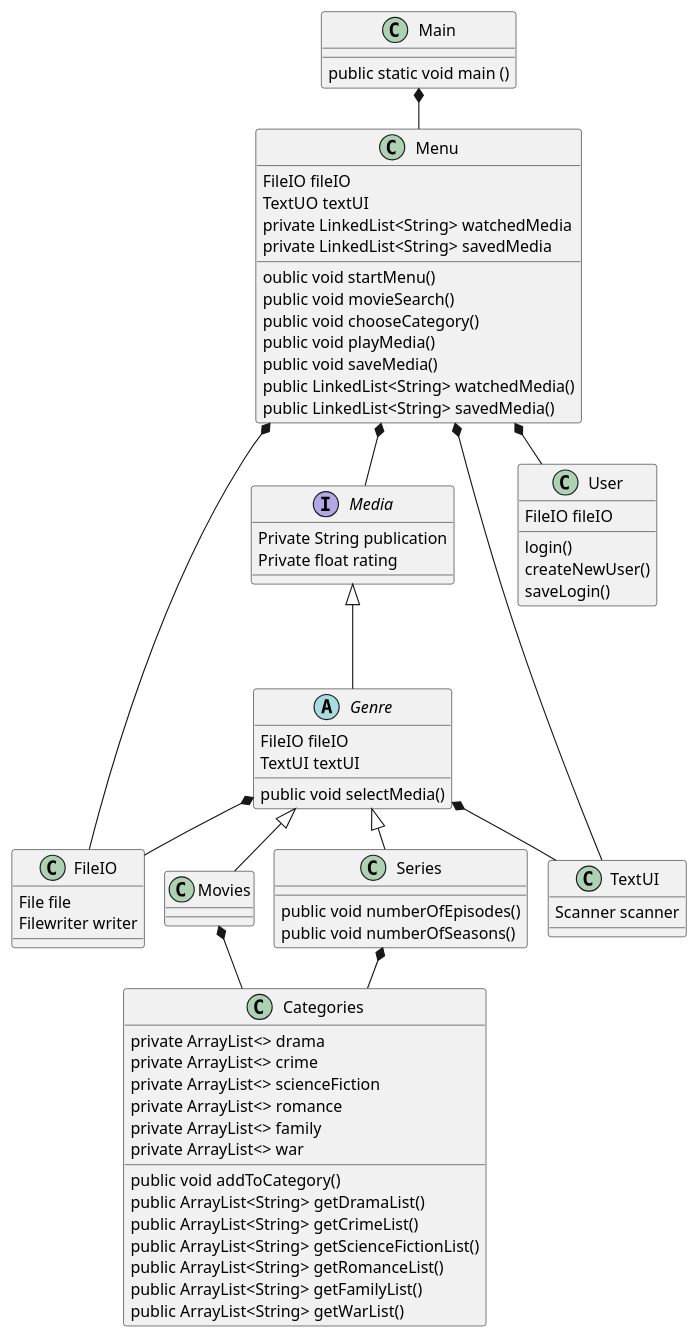
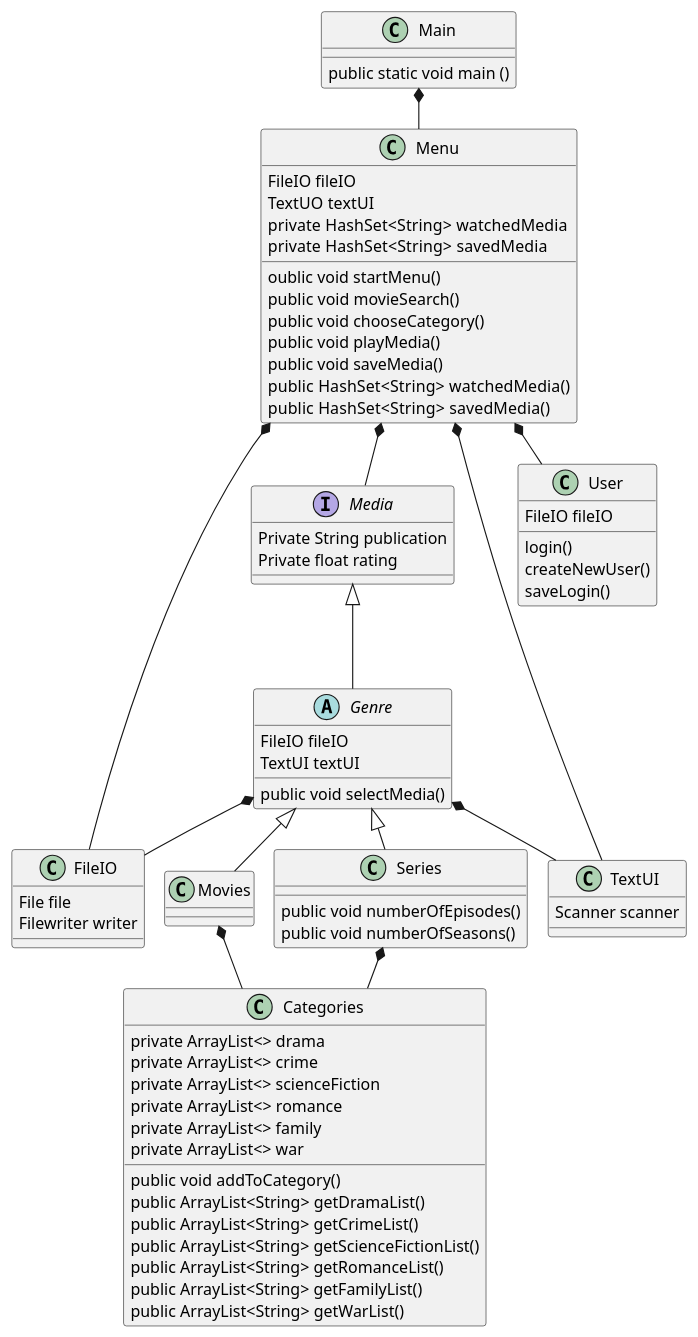
One commit to MichellaBech/SP3 changed the diagram in .idea/Class.puml. Above: the diagram before and after it, drawn with PlantUML.

```diff
--- a/.idea/Class.puml
+++ b/.idea/Class.puml
@@ -1,105 +1,105 @@
 @startuml
 'https://plantuml.com/class-diagram
 !pragma layout smetana
 
 interface FileIO
 class Movies
 class Series
 interface Media
 class TextUI
 class Categories
 class User
 class Menu
 class Main
 
 Abstract class Genre
 
 Media <|--- Genre
 Genre <|-- Movies
 Genre <|-- Series
 
 Main *-- Menu
 Movies *-- Categories
 Series *-- Categories
 Menu *-- User
 Menu *-- Media
 Menu *-- FileIO
 Menu *-- TextUI
 Genre *-- FileIO
 Genre *-- TextUI
 
 Abstract class Genre {
 FileIO fileIO
 TextUI textUI
 public void selectMedia()
 }
 
 class TextUI
 {
 Scanner scanner
 }
 
 class FileIO {
 File file
 Filewriter writer
 }
 
 class Main {
 public static void main ()
 }
 
 
 class Categories {
 private ArrayList<> drama
 private ArrayList<> crime
 private ArrayList<> scienceFiction
 private ArrayList<> romance
 private ArrayList<> family
 private ArrayList<> war
 
 public void addToCategory()
 public ArrayList<String> getDramaList()
 public ArrayList<String> getCrimeList()
 public ArrayList<String> getScienceFictionList()
 public ArrayList<String> getRomanceList()
 public ArrayList<String> getFamilyList()
 public ArrayList<String> getWarList()
 }
 
 Interface Media {
 Private String publication
 Private float rating
 }
 
 class Movies{
 
 }
 
 class Series {
 public void numberOfEpisodes()
 public void numberOfSeasons()
 }
 
 class User{
 FileIO fileIO
 login()
 createNewUser()
 saveLogin()
 }
 
 class Menu {
 FileIO fileIO
 TextUO textUI
-private LinkedList<String> watchedMedia
-private LinkedList<String> savedMedia
+private  HashSet<String> watchedMedia
+private  HashSet<String> savedMedia
 oublic void startMenu()
 public void movieSearch()
 public void chooseCategory()
 public void playMedia()
 public void saveMedia()
-public LinkedList<String> watchedMedia()
-public LinkedList<String> savedMedia()
+public  HashSet<String> watchedMedia()
+public  HashSet<String> savedMedia()
 }
 
 
 @enduml
```
